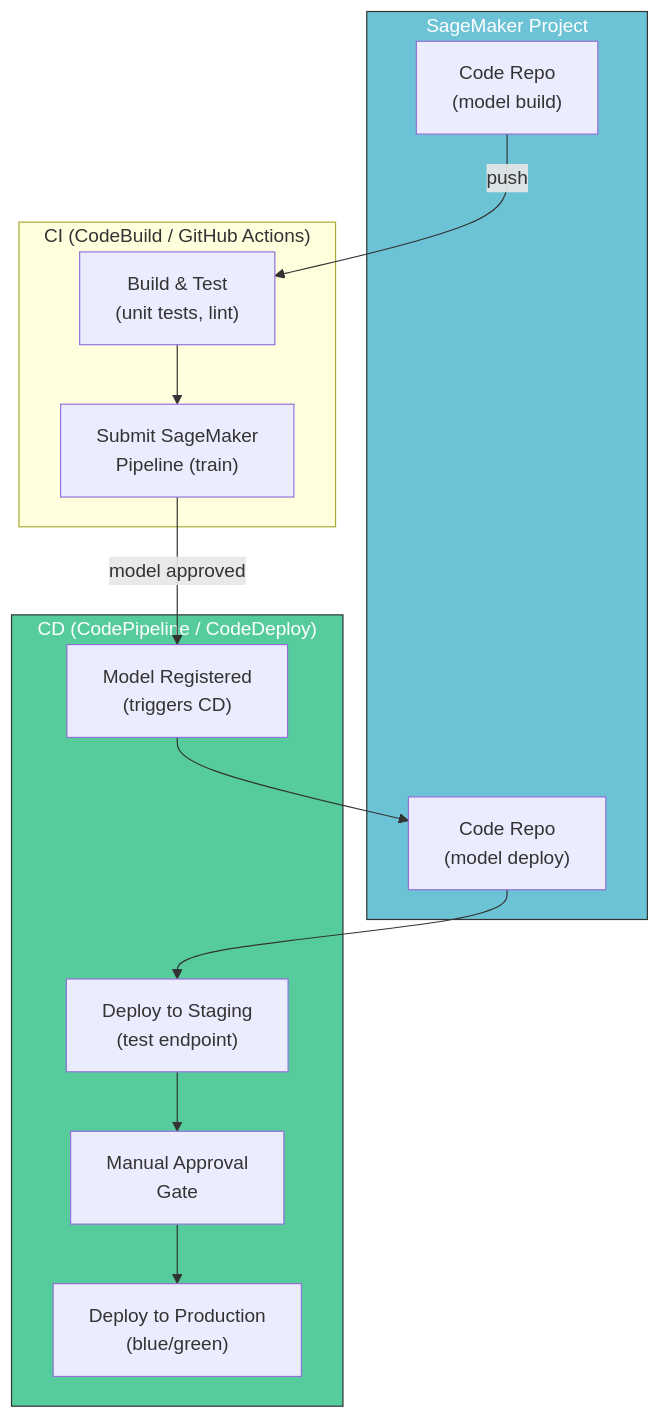
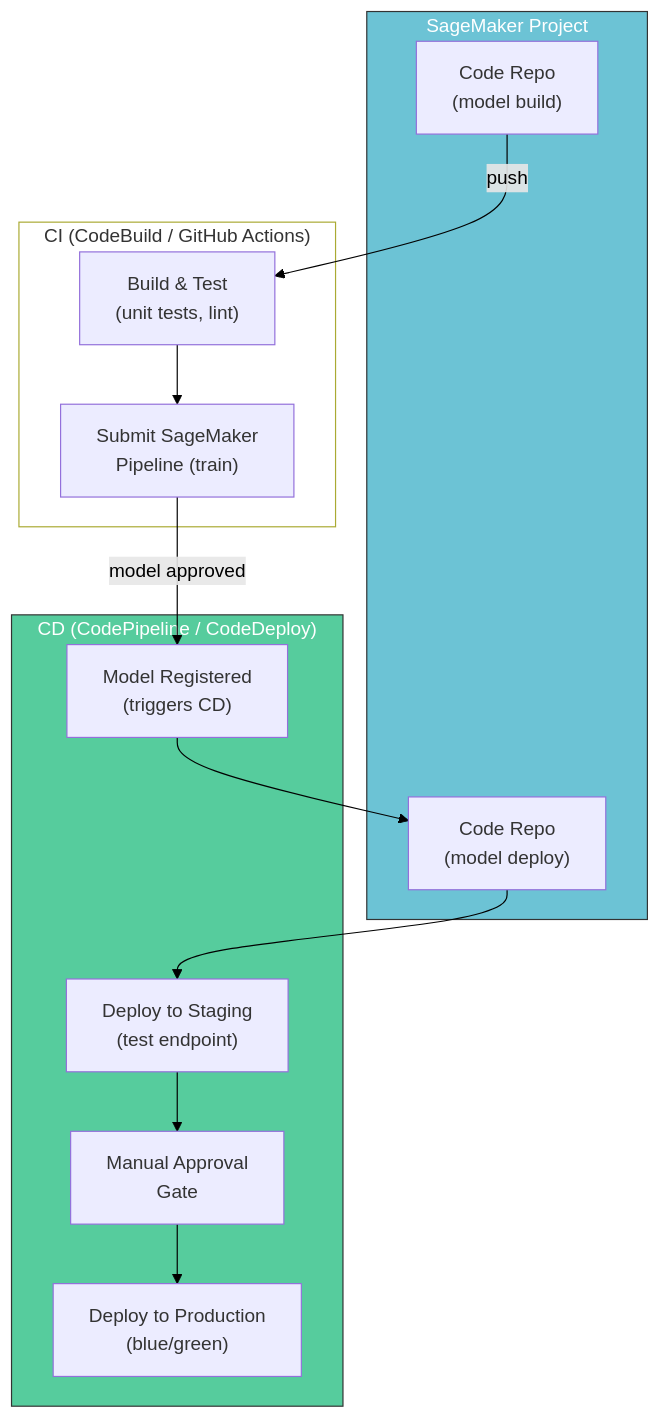
The eighth of 10 diagrams in posts/aiops-interview/MLOps-Interview-QA-4.qmd (tanquangduong/tanquangduong.github.io), drawn with Mermaid before and after one commit. The commit also changed other lines of this file and 204 other files, not shown here.

````diff
--- a/posts/aiops-interview/MLOps-Interview-QA-4.qmd
+++ b/posts/aiops-interview/MLOps-Interview-QA-4.qmd
@@ -918,27 +930,29 @@
 ```{mermaid}
 graph TD
+    linkStyle default stroke:#000,color:#000
     subgraph Project["SageMaker Project"]
         REPO_BUILD["Code Repo<br/>(model build)"]
         REPO_DEPLOY["Code Repo<br/>(model deploy)"]
     end
 
     subgraph CI["CI (CodeBuild / GitHub Actions)"]
         BUILD["Build & Test<br/>(unit tests, lint)"]
         PIPELINE["Submit SageMaker<br/>Pipeline (train)"]
     end
 
     subgraph CD["CD (CodePipeline / CodeDeploy)"]
         REGISTER["Model Registered<br/>(triggers CD)"]
         STAGING["Deploy to Staging<br/>(test endpoint)"]
         APPROVE["Manual Approval<br/>Gate"]
         PROD["Deploy to Production<br/>(blue/green)"]
     end
 
     REPO_BUILD -->|"push"| BUILD --> PIPELINE
     PIPELINE -->|"model approved"| REGISTER
     REGISTER --> REPO_DEPLOY
     REPO_DEPLOY --> STAGING --> APPROVE --> PROD
 
     style Project fill:#6cc3d5,stroke:#333,color:#fff
     style CD fill:#56cc9d,stroke:#333,color:#fff
+    style CI fill:#fff
 ```
````
